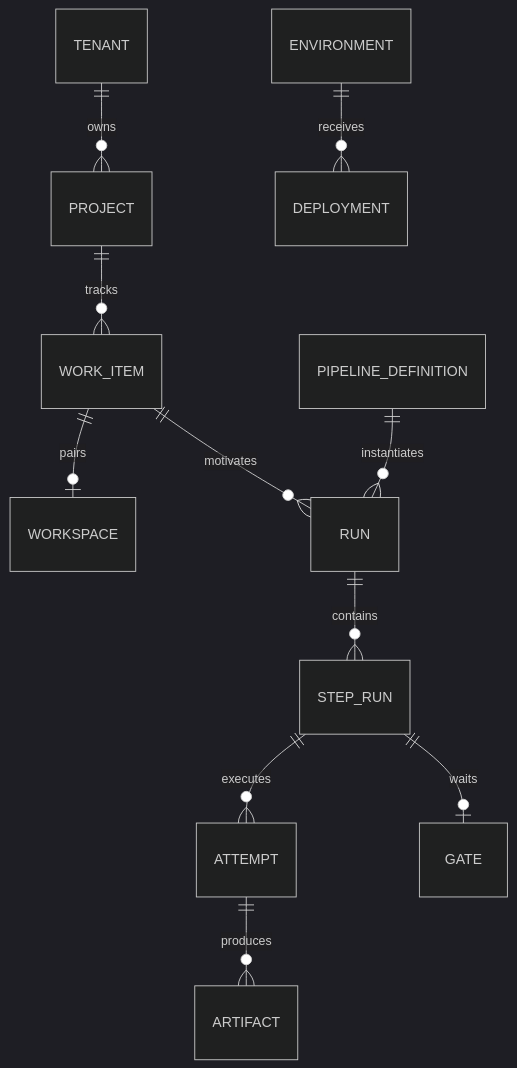
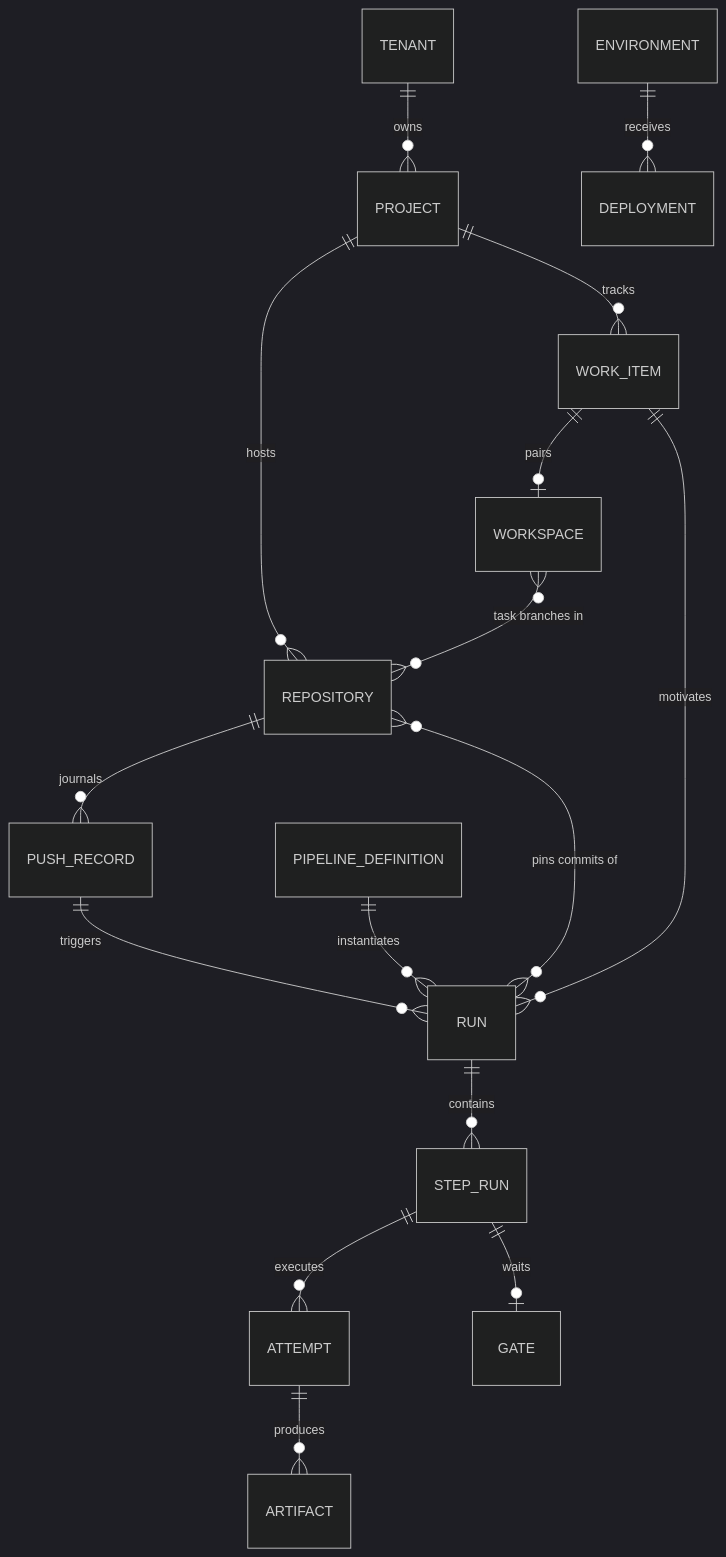
Before and after one commit to optimiware/kodama: the first of 2 diagrams in docs/book/03-domain-and-lifecycles.md, drawn with Mermaid (dark theme). The commit also changed other lines of this file and 40 other files, not shown here.

First line of the commit message:
T-125: internal tenant Git service architecture and ADR 0011

````diff
--- a/docs/book/03-domain-and-lifecycles.md
+++ b/docs/book/03-domain-and-lifecycles.md
@@ -5,13 +5,18 @@
 ```mermaid
 erDiagram
     TENANT ||--o{ PROJECT : owns
+    PROJECT ||--o{ REPOSITORY : hosts
     PROJECT ||--o{ WORK_ITEM : tracks
     WORK_ITEM ||--o| WORKSPACE : pairs
+    WORKSPACE }o--o{ REPOSITORY : "task branches in"
+    REPOSITORY ||--o{ PUSH_RECORD : journals
     WORK_ITEM ||--o{ RUN : motivates
+    PUSH_RECORD ||--o{ RUN : triggers
+    RUN }o--o{ REPOSITORY : "pins commits of"
     PIPELINE_DEFINITION ||--o{ RUN : instantiates
     RUN ||--o{ STEP_RUN : contains
     STEP_RUN ||--o{ ATTEMPT : executes
     STEP_RUN ||--o| GATE : waits
     ATTEMPT ||--o{ ARTIFACT : produces
     ENVIRONMENT ||--o{ DEPLOYMENT : receives
 ```
````
